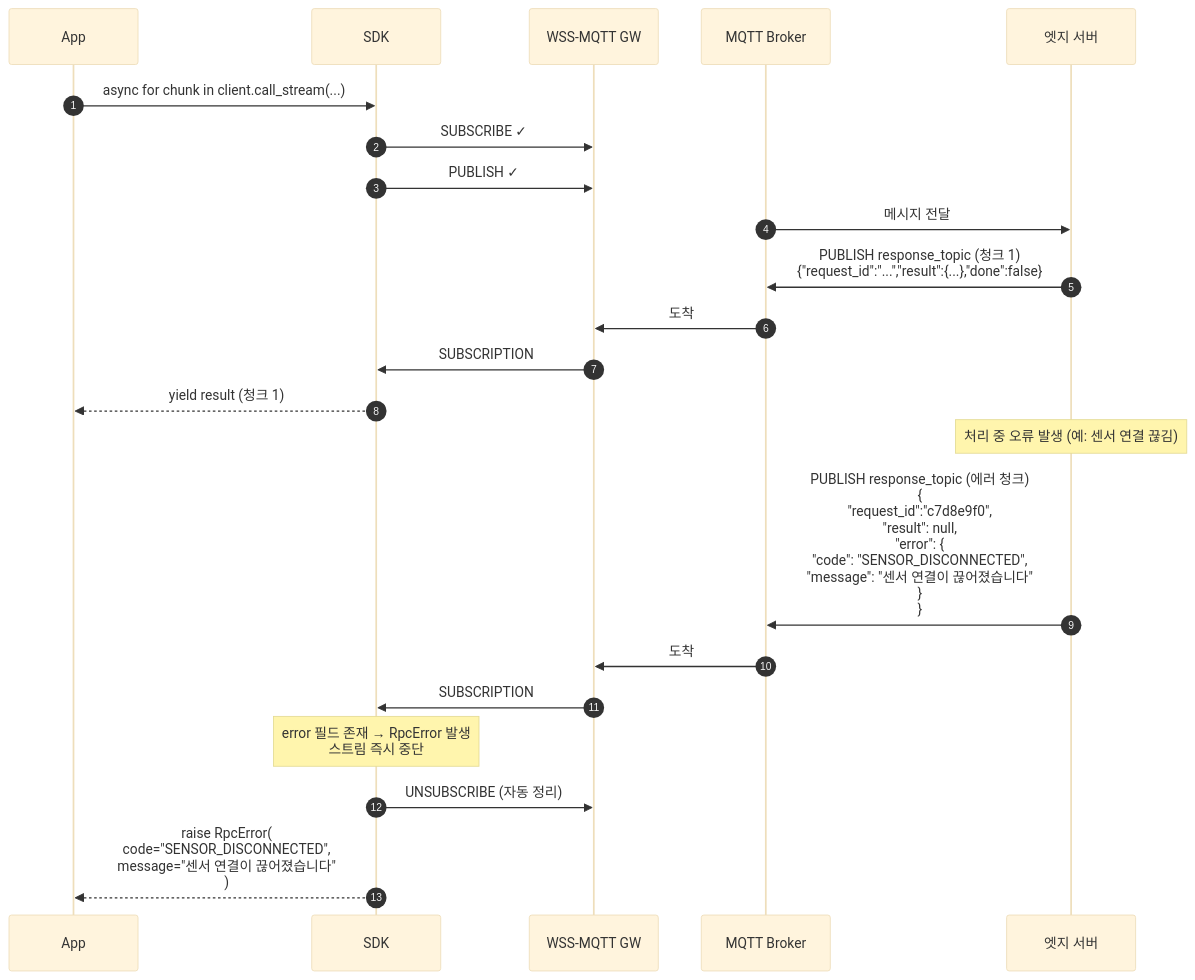
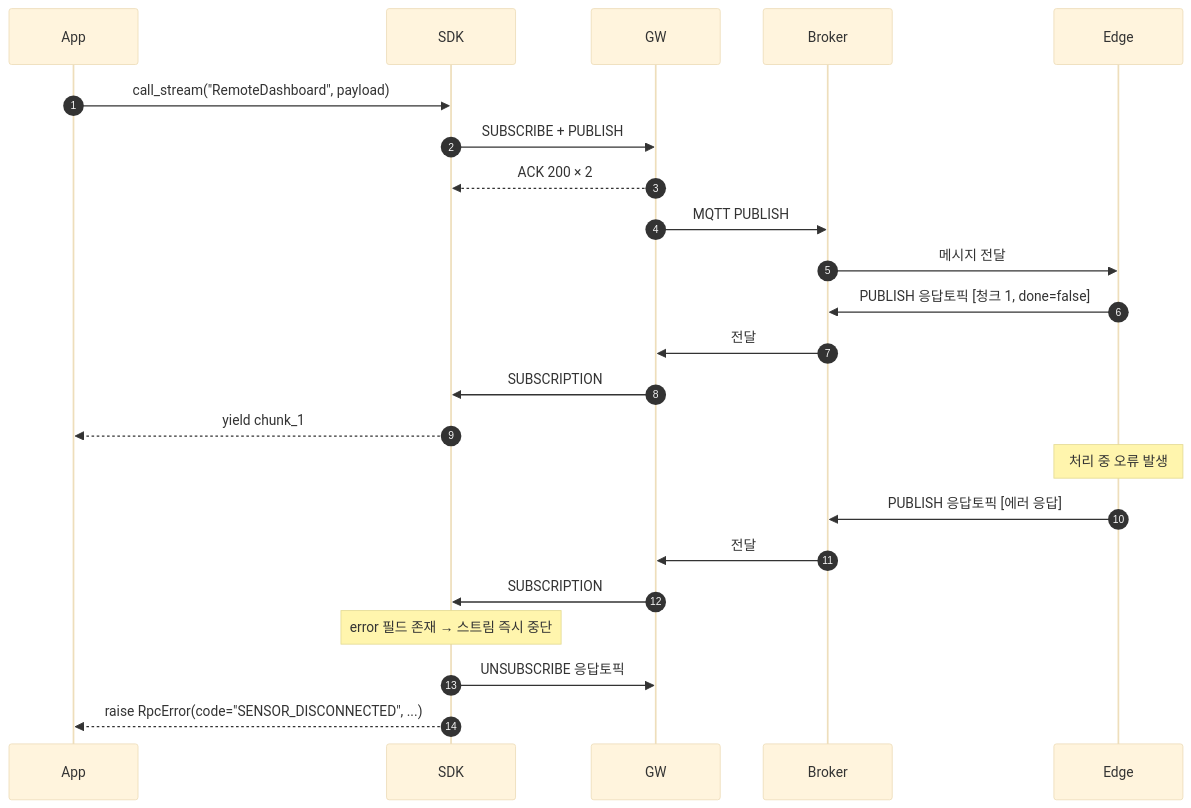
One commit to DongEunKim/MQTT-WSS-API changed the seventh of 11 diagrams in docs/RPC_SEQUENCE_DIAGRAMS.md. Above: the diagram before and after it, drawn with Mermaid (base theme). The commit also changed other lines of this file, not shown here.

First line of the commit message:
docs: RPC 시퀀스 다이어그램 가독성 개선 (화살표 레이블 축약, 사양 분리)

````diff
--- a/docs/RPC_SEQUENCE_DIAGRAMS.md
+++ b/docs/RPC_SEQUENCE_DIAGRAMS.md
@@ -330,31 +288,31 @@
 ```mermaid
 sequenceDiagram
     autonumber
     participant App
     participant SDK
-    participant GW as WSS-MQTT GW
-    participant Broker as MQTT Broker
-    participant Edge as 엣지 서버
+    participant GW
+    participant Broker
+    participant Edge
 
-    App->>SDK: async for chunk in client.call_stream(...)
-
-    SDK->>GW: SUBSCRIBE ✓
-    SDK->>GW: PUBLISH ✓
+    App->>SDK: call_stream("RemoteDashboard", payload)
+    SDK->>GW: SUBSCRIBE + PUBLISH
+    GW-->>SDK: ACK 200 × 2
+    GW->>Broker: MQTT PUBLISH
     Broker->>Edge: 메시지 전달
 
-    Edge->>Broker: PUBLISH response_topic (청크 1)<br/>{"request_id":"...","result":{...},"done":false}
-    Broker->>GW: 도착
+    Edge->>Broker: PUBLISH 응답토픽 [청크 1, done=false]
+    Broker->>GW: 전달
     GW->>SDK: SUBSCRIPTION
-    SDK-->>App: yield result (청크 1)
+    SDK-->>App: yield chunk_1
 
-    Note over Edge: 처리 중 오류 발생 (예: 센서 연결 끊김)
+    Note over Edge: 처리 중 오류 발생
 
-    Edge->>Broker: PUBLISH response_topic (에러 청크)<br/>{<br/>  "request_id":"c7d8e9f0",<br/>  "result": null,<br/>  "error": {<br/>    "code": "SENSOR_DISCONNECTED",<br/>    "message": "센서 연결이 끊어졌습니다"<br/>  }<br/>}
-    Broker->>GW: 도착
+    Edge->>Broker: PUBLISH 응답토픽 [에러 응답]
+    Broker->>GW: 전달
     GW->>SDK: SUBSCRIPTION
 
-    Note over SDK: error 필드 존재 → RpcError 발생<br/>스트림 즉시 중단
+    Note over SDK: error 필드 존재 → 스트림 즉시 중단
 
-    SDK->>GW: UNSUBSCRIBE (자동 정리)
-    SDK-->>App: raise RpcError(<br/>  code="SENSOR_DISCONNECTED",<br/>  message="센서 연결이 끊어졌습니다"<br/>)
+    SDK->>GW: UNSUBSCRIBE 응답토픽
+    SDK-->>App: raise RpcError(code="SENSOR_DISCONNECTED", ...)
 ```
````
